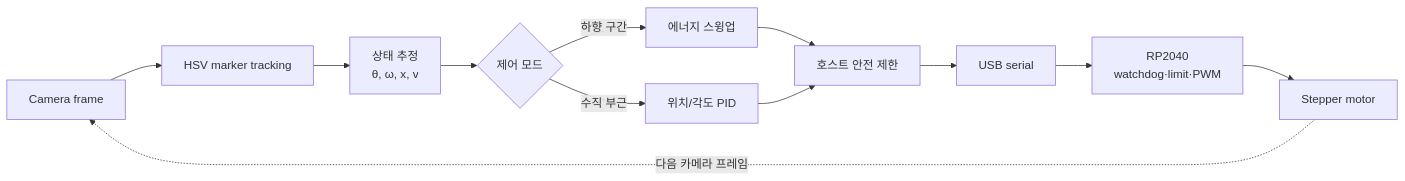
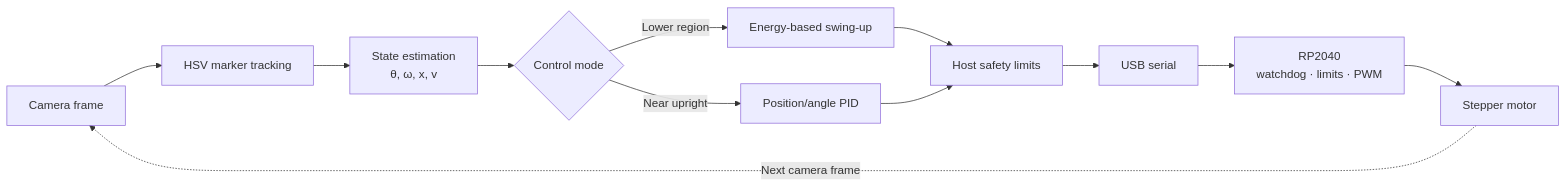
One commit to sim-red-line/single-stage-vision-cartpole changed the first of 2 diagrams in README.md. Above: the diagram before and after it, drawn with Mermaid. The commit also changed other lines of this file and 18 other files, not shown here.

```diff
--- a/README.md
+++ b/README.md
@@ -26,14 +28,14 @@
 ~~~mermaid
 flowchart LR
     A["Camera frame"] --> B["HSV marker tracking"]
-    B --> C["상태 추정<br/>θ, ω, x, v"]
-    C --> D{"제어 모드"}
-    D -->|하향 구간| E["에너지 스윙업"]
-    D -->|수직 부근| F["위치/각도 PID"]
-    E --> G["호스트 안전 제한"]
+    B --> C["State estimation<br/>θ, ω, x, v"]
+    C --> D{"Control mode"}
+    D -->|Lower region| E["Energy-based swing-up"]
+    D -->|Near upright| F["Position/angle PID"]
+    E --> G["Host safety limits"]
     F --> G
     G --> H["USB serial"]
-    H --> I["RP2040<br/>watchdog·limit·PWM"]
+    H --> I["RP2040<br/>watchdog · limits · PWM"]
     I --> J["Stepper motor"]
-    J -. "다음 카메라 프레임" .-> A
+    J -. "Next camera frame" .-> A
 ~~~
```
